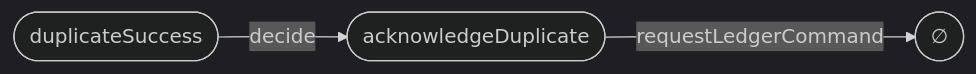
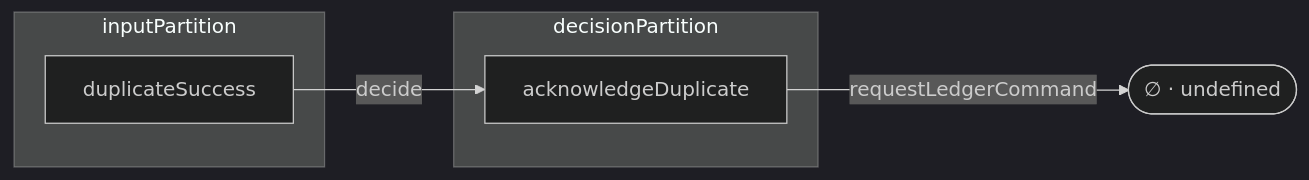
The diagram in skills/archiscript/references/review-diagrams.md (mrvanish97/archiscript), drawn with Mermaid (dark theme) before and after one commit. The commit also changed other lines of this file and 27 other files, not shown here.

````diff
--- a/skills/archiscript/references/review-diagrams.md
+++ b/skills/archiscript/references/review-diagrams.md
@@ -53,5 +56,12 @@
 ```mermaid
 flowchart LR
-    A(["duplicateSuccess"]) -->|"decide"| B(["acknowledgeDuplicate"])
-    B -->|"requestLedgerCommand"| C(["∅"])
+    subgraph INPUT["inputPartition"]
+        A["duplicateSuccess"]
+    end
+    subgraph DECISION["decisionPartition"]
+        B["acknowledgeDuplicate"]
+    end
+    C(["∅ · undefined"])
+    A -->|"decide"| B
+    B -->|"requestLedgerCommand"| C
 ```
````
